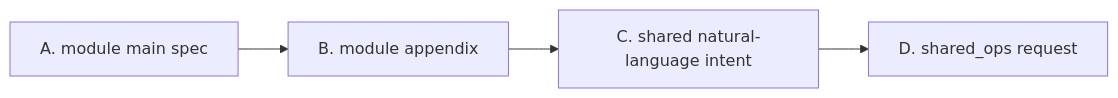
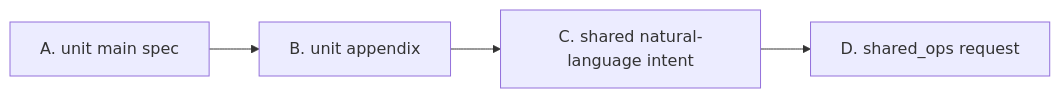
Before and after one commit to mfblog/specflow: the sixth of 7 diagrams in README.md, drawn with Mermaid. The commit also changed other lines of this file and 3 other files, not shown here.

````diff
--- a/README.md
+++ b/README.md
@@ -465,6 +465,6 @@
 ```mermaid
 flowchart LR
-    A["A. module main spec"] --> B["B. module appendix"]
+    A["A. unit main spec"] --> B["B. unit appendix"]
     B --> C["C. shared natural-language intent"]
     C --> D["D. shared_ops request"]
 ```
````
